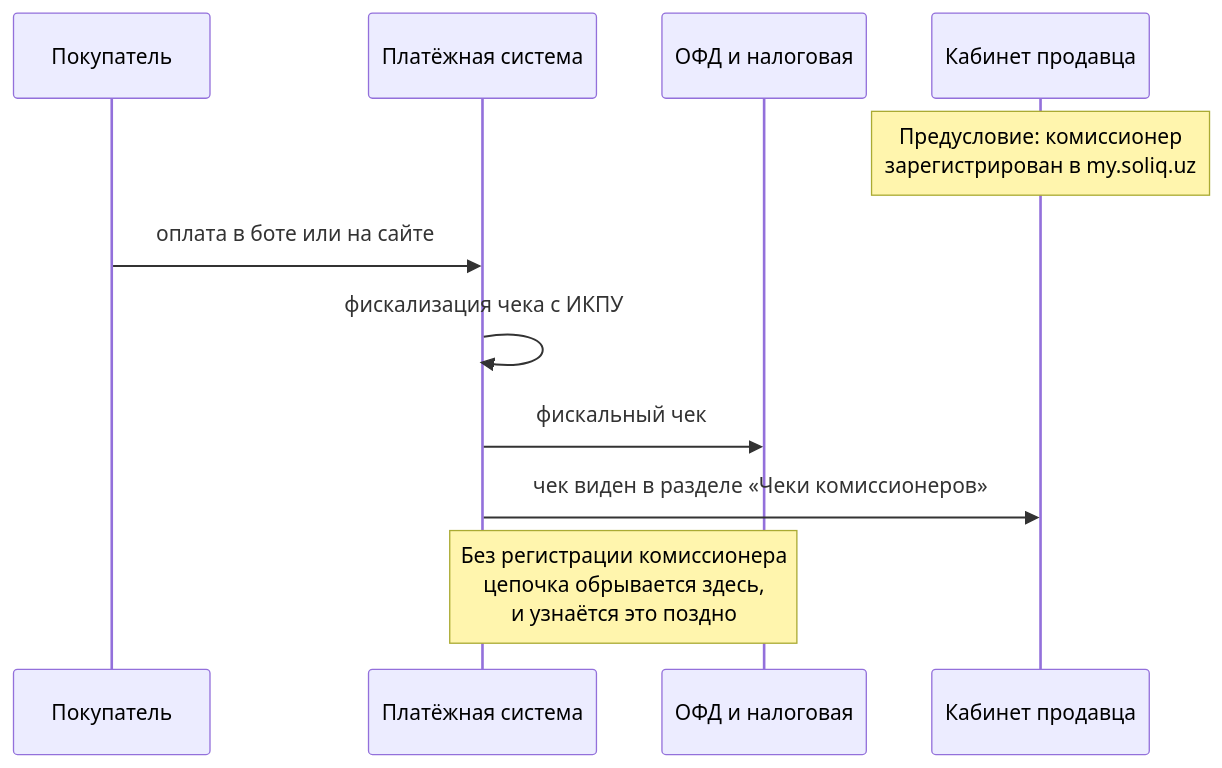
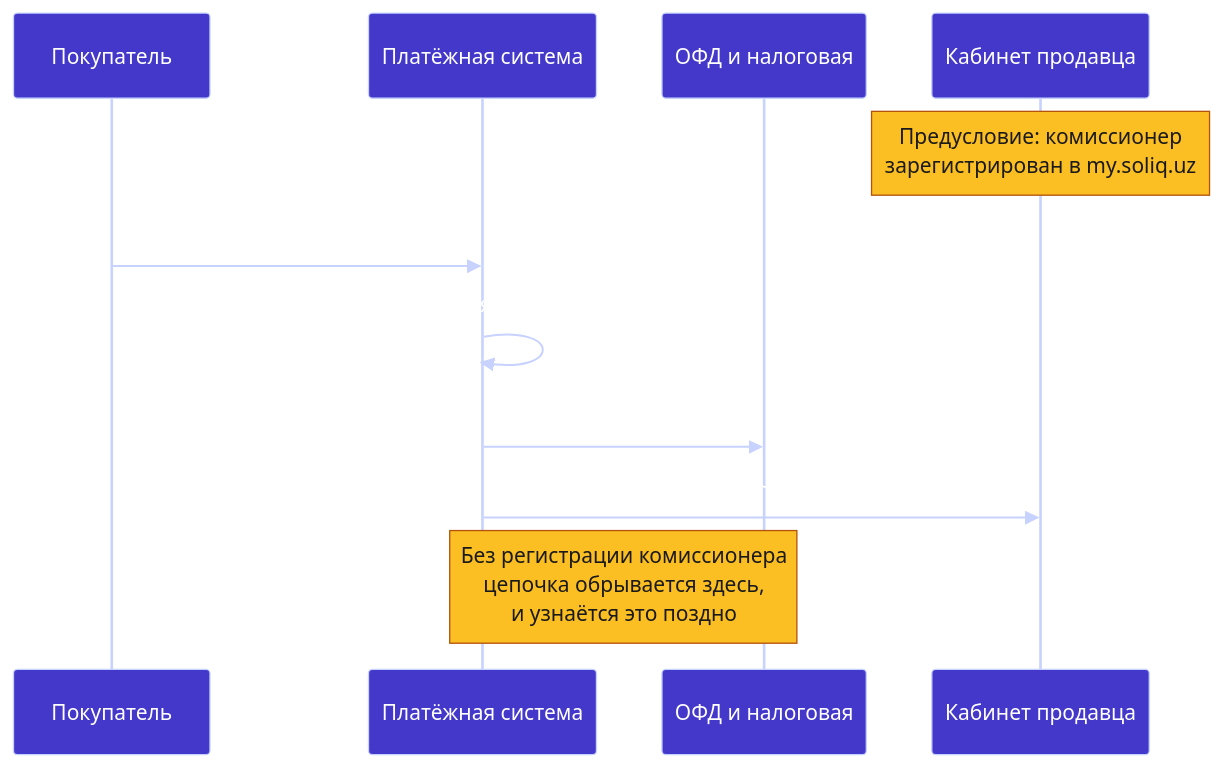
Before and after one commit to Shohruh1997/uz-fiscal-compliance-notes: the second of 3 diagrams in README.md, drawn with Mermaid. The commit also changed other lines of this file, not shown here.

Commit message:
Диаграммы: полный набор переменных темы — читаемые строки ER, видимые стрелки, шрифт

````diff
--- a/README.md
+++ b/README.md
@@ -91,15 +92,16 @@
 ```mermaid
+%%{init: {'theme':'base','themeVariables':{'fontFamily':'ui-sans-serif,-apple-system,BlinkMacSystemFont,Segoe UI,Roboto,Helvetica,Arial,sans-serif','fontSize':'15px','primaryColor':'#4338ca','primaryTextColor':'#ffffff','primaryBorderColor':'#c7d2fe','secondaryColor':'#6d28d9','tertiaryColor':'#312e81','lineColor':'#c7d2fe','textColor':'#ffffff','mainBkg':'#4338ca','nodeBorder':'#c7d2fe','nodeTextColor':'#ffffff','edgeLabelBackground':'#1e1b4b','attributeBackgroundColorOdd':'#4338ca','attributeBackgroundColorEven':'#4f46e5','noteBkgColor':'#fbbf24','noteTextColor':'#1a1a1a','noteBorderColor':'#b45309','clusterBkg':'#1e1b4b','clusterBorder':'#c7d2fe','labelBoxBkgColor':'#4338ca','labelBoxBorderColor':'#c7d2fe','labelTextColor':'#ffffff','actorBkg':'#4338ca','actorBorder':'#c7d2fe','actorTextColor':'#ffffff','actorLineColor':'#c7d2fe','signalColor':'#c7d2fe','signalTextColor':'#ffffff','sequenceNumberColor':'#1a1a1a','activationBkgColor':'#6d28d9','activationBorderColor':'#c7d2fe','transitionColor':'#c7d2fe','transitionLabelColor':'#ffffff','stateBkg':'#4338ca','stateLabelColor':'#ffffff','altBackground':'#312e81','compositeBackground':'#1e1b4b','compositeBorder':'#c7d2fe','compositeTitleBackground':'#312e81','specialStateColor':'#c7d2fe','innerEndBackground':'#c7d2fe','cScale0':'#4338ca'}}}%%
 sequenceDiagram
     participant B as Покупатель
     participant PS as Платёжная система
     participant OFD as ОФД и налоговая
     participant M as Кабинет продавца
 
     Note over M: Предусловие: комиссионер<br/>зарегистрирован в my.soliq.uz
     B->>PS: оплата в боте или на сайте
     PS->>PS: фискализация чека с ИКПУ
     PS->>OFD: фискальный чек
     PS->>M: чек виден в разделе «Чеки комиссионеров»
 
     Note over PS,OFD: Без регистрации комиссионера<br/>цепочка обрывается здесь,<br/>и узнаётся это поздно
 ```
````
